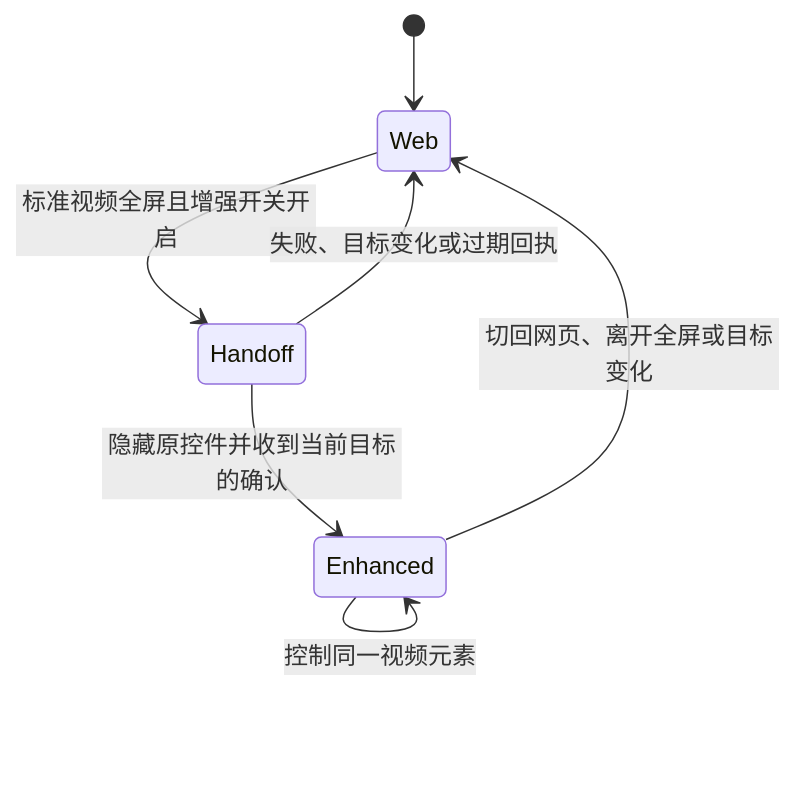
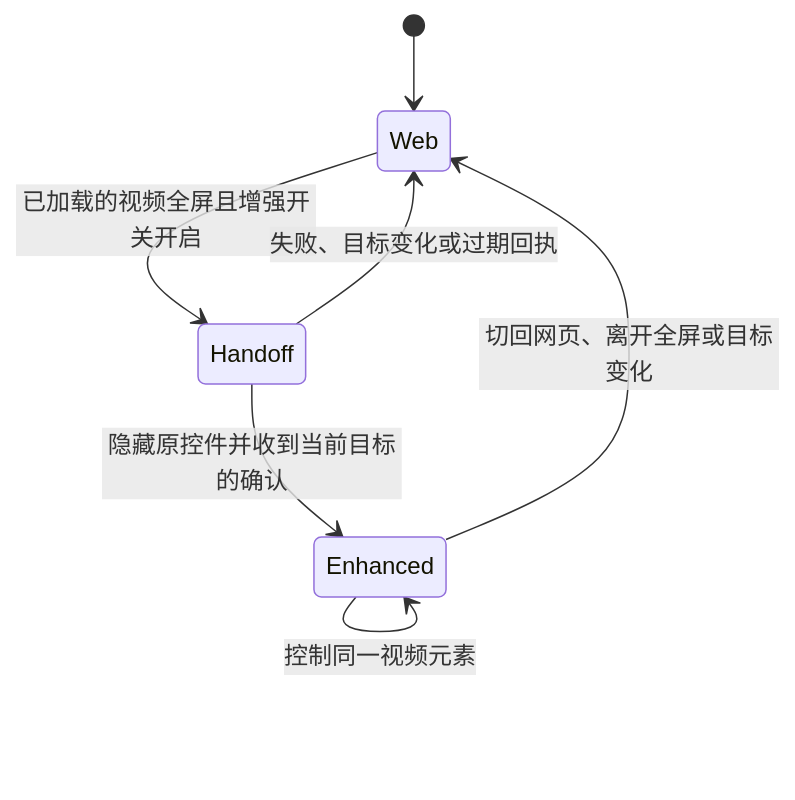
The first of 2 diagrams in design/video-playback-and-casting.md (Nobilta/pure-browser), drawn with Mermaid before and after one commit. The commit also changed other lines of this file and 9 other files, not shown here.

````diff
--- a/design/video-playback-and-casting.md
+++ b/design/video-playback-and-casting.md
@@ -18,9 +19,9 @@
 ```mermaid
 stateDiagram-v2
     [*] --> Web
-    Web --> Handoff: 标准视频全屏且增强开关开启
+    Web --> Handoff: 已加载的视频全屏且增强开关开启
     Handoff --> Enhanced: 隐藏原控件并收到当前目标的确认
     Handoff --> Web: 失败、目标变化或过期回执
     Enhanced --> Web: 切回网页、离开全屏或目标变化
     Enhanced --> Enhanced: 控制同一视频元素
 ```
````
